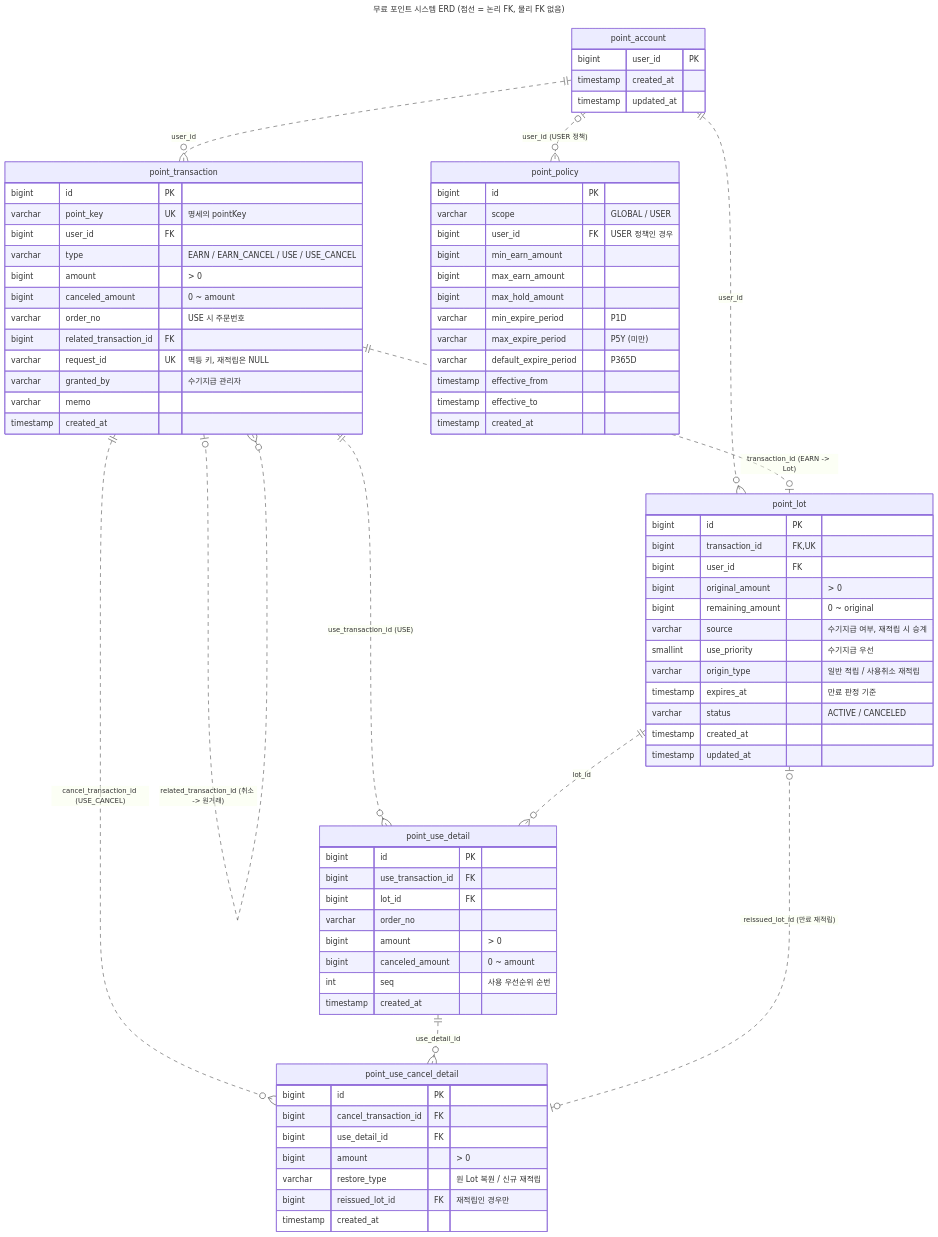
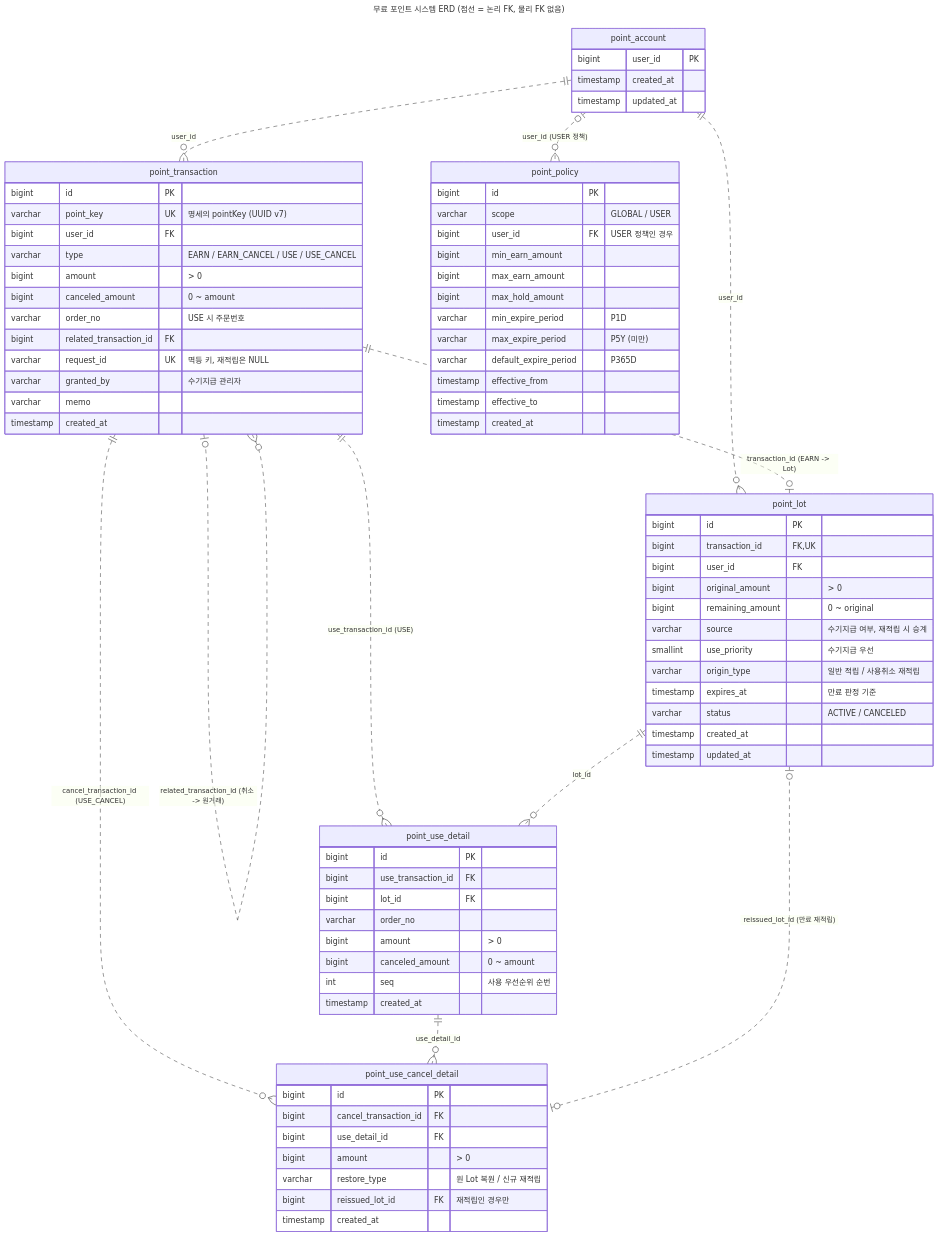
One commit to jaecheolso/free-point-api changed the diagram in src/main/resources/erd/erd.mmd. Above: the diagram before and after it, drawn with Mermaid. The commit also changed 5 other files, not shown here.

First line of the commit message:
feat: pointKey 생성기 추가 (UUID v7)

```diff
--- a/src/main/resources/erd/erd.mmd
+++ b/src/main/resources/erd/erd.mmd
@@ -1,86 +1,86 @@
 ---
 title: 무료 포인트 시스템 ERD (점선 = 논리 FK, 물리 FK 없음)
 ---
 erDiagram
     point_account ||..o{ point_transaction : "user_id"
     point_account ||..o{ point_lot : "user_id"
     point_account |o..o{ point_policy : "user_id (USER 정책)"
     point_transaction |o..o{ point_transaction : "related_transaction_id (취소 -> 원거래)"
     point_transaction ||..o| point_lot : "transaction_id (EARN -> Lot)"
     point_transaction ||..o{ point_use_detail : "use_transaction_id (USE)"
     point_lot ||..o{ point_use_detail : "lot_id"
     point_transaction ||..o{ point_use_cancel_detail : "cancel_transaction_id (USE_CANCEL)"
     point_use_detail ||..o{ point_use_cancel_detail : "use_detail_id"
     point_lot |o..o| point_use_cancel_detail : "reissued_lot_id (만료 재적립)"
 
     point_account {
         bigint user_id PK
         timestamp created_at
         timestamp updated_at
     }
 
     point_transaction {
         bigint id PK
-        varchar point_key UK "명세의 pointKey"
+        varchar point_key UK "명세의 pointKey (UUID v7)"
         bigint user_id FK
         varchar type "EARN / EARN_CANCEL / USE / USE_CANCEL"
         bigint amount "> 0"
         bigint canceled_amount "0 ~ amount"
         varchar order_no "USE 시 주문번호"
         bigint related_transaction_id FK
         varchar request_id UK "멱등 키, 재적립은 NULL"
         varchar granted_by "수기지급 관리자"
         varchar memo
         timestamp created_at
     }
 
     point_lot {
         bigint id PK
         bigint transaction_id FK, UK
         bigint user_id FK
         bigint original_amount "> 0"
         bigint remaining_amount "0 ~ original"
         varchar source "수기지급 여부, 재적립 시 승계"
         smallint use_priority "수기지급 우선"
         varchar origin_type "일반 적립 / 사용취소 재적립"
         timestamp expires_at "만료 판정 기준"
         varchar status "ACTIVE / CANCELED"
         timestamp created_at
         timestamp updated_at
     }
 
     point_use_detail {
         bigint id PK
         bigint use_transaction_id FK
         bigint lot_id FK
         varchar order_no
         bigint amount "> 0"
         bigint canceled_amount "0 ~ amount"
         int seq "사용 우선순위 순번"
         timestamp created_at
     }
 
     point_use_cancel_detail {
         bigint id PK
         bigint cancel_transaction_id FK
         bigint use_detail_id FK
         bigint amount "> 0"
         varchar restore_type "원 Lot 복원 / 신규 재적립"
         bigint reissued_lot_id FK "재적립인 경우만"
         timestamp created_at
     }
 
     point_policy {
         bigint id PK
         varchar scope "GLOBAL / USER"
         bigint user_id FK "USER 정책인 경우"
         bigint min_earn_amount
         bigint max_earn_amount
         bigint max_hold_amount
         varchar min_expire_period "P1D"
         varchar max_expire_period "P5Y (미만)"
         varchar default_expire_period "P365D"
         timestamp effective_from
         timestamp effective_to
         timestamp created_at
     }
```
